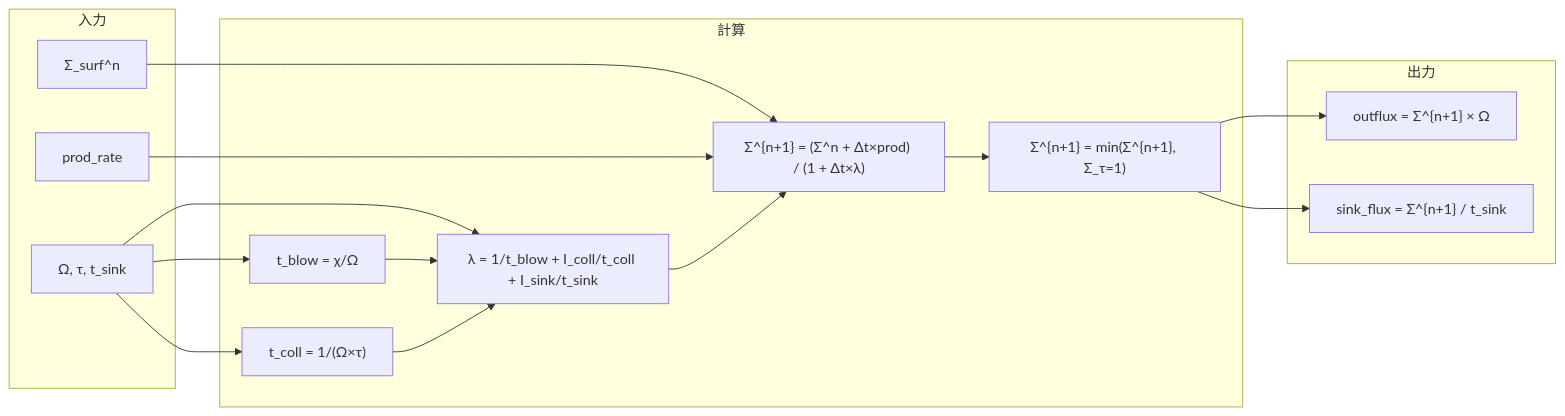
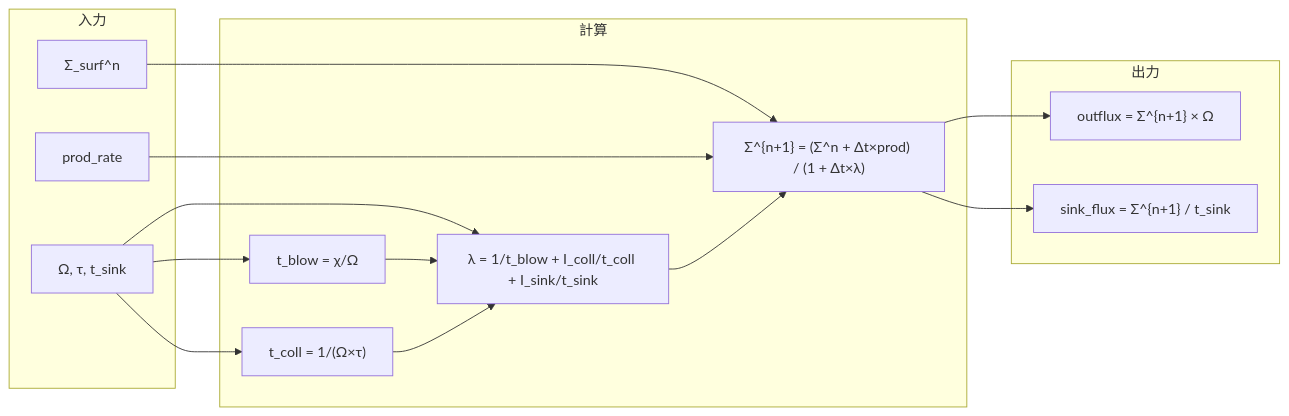
The seventh of 13 diagrams in analysis/physics_flow.md (Einfeld686/MarsDiskSimulation), drawn with Mermaid before and after one commit. The commit also changed other lines of this file and 21 other files, not shown here.

````diff
--- a/analysis/physics_flow.md
+++ b/analysis/physics_flow.md
@@ -310,29 +308,27 @@
 ```mermaid
 flowchart LR
     subgraph INPUT["入力"]
         A[Σ_surf^n]
         B[prod_rate]
         C["Ω, τ, t_sink"]
     end
     
     subgraph CALC["計算"]
         D["t_blow = χ/Ω"]
         E["t_coll = 1/(Ω×τ)"]
         F["λ = 1/t_blow + I_coll/t_coll + I_sink/t_sink"]
         G["Σ^{n+1} = (Σ^n + Δt×prod) / (1 + Δt×λ)"]
-        H["Σ^{n+1} = min(Σ^{n+1}, Σ_τ=1)"]
     end
     
     subgraph OUTPUT["出力"]
         I["outflux = Σ^{n+1} × Ω"]
         J["sink_flux = Σ^{n+1} / t_sink"]
     end
     
     A --> G
     B --> G
     C --> D & E & F
     D & E --> F
     F --> G
-    G --> H
-    H --> I & J
+    G --> I & J
 ```
````
